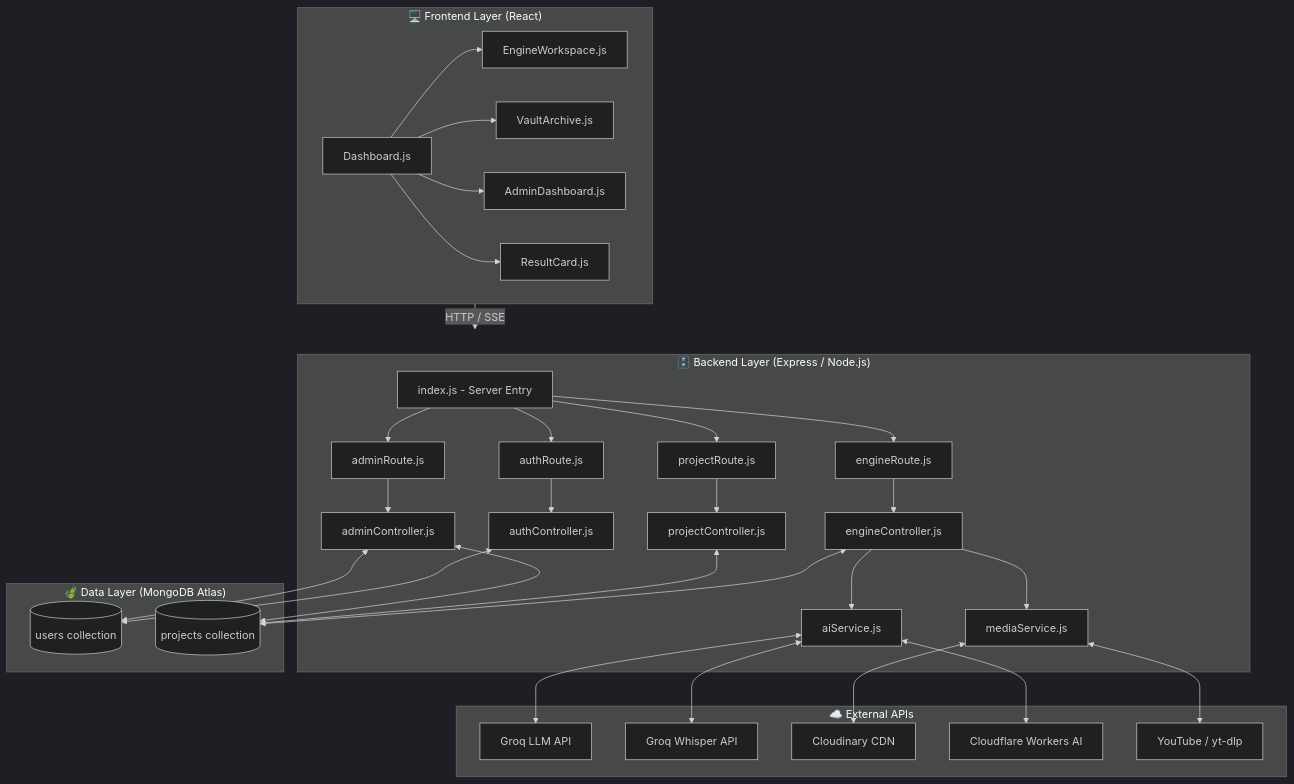
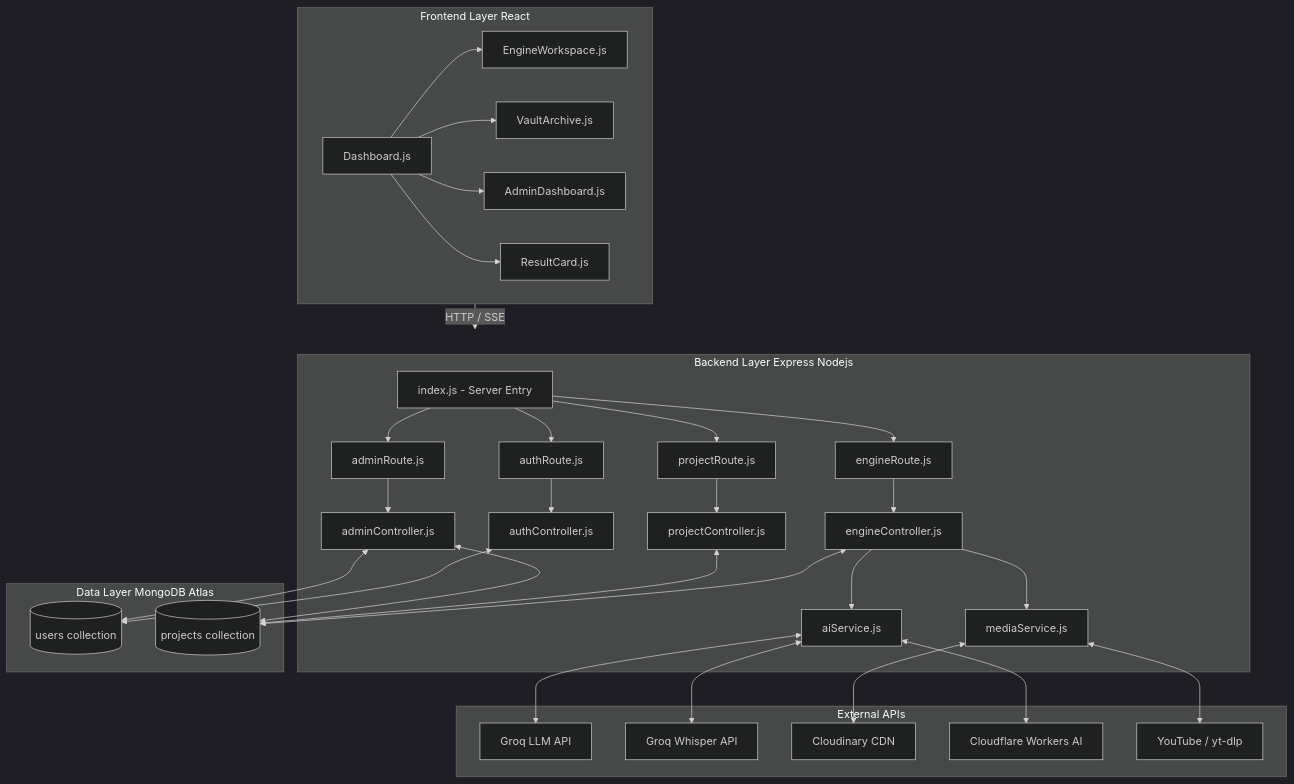
One commit to naresh-rn/echoly changed the seventh of 8 diagrams in DIAGRAMS.md. Above: the diagram before and after it, drawn with Mermaid (dark theme). The commit also changed other lines of this file, not shown here.

Commit message:
fix: remove non-Latin1 characters from Mermaid diagrams to fix GitHub rendering

````diff
--- a/DIAGRAMS.md
+++ b/DIAGRAMS.md
@@ -380,49 +380,49 @@
 ```mermaid
 flowchart TB
-    subgraph Client ["🖥️ Frontend Layer (React)"]
+    subgraph Client ["Frontend Layer React"]
         A1[Dashboard.js] --> A2[EngineWorkspace.js]
         A1 --> A3[VaultArchive.js]
         A1 --> A4[AdminDashboard.js]
         A1 --> A5[ResultCard.js]
     end
 
-    subgraph Server ["🗄️ Backend Layer (Express / Node.js)"]
+    subgraph Server ["Backend Layer Express Nodejs"]
         B1[index.js - Server Entry] --> B2[authRoute.js]
         B1 --> B3[engineRoute.js]
         B1 --> B4[projectRoute.js]
         B1 --> B5[adminRoute.js]
 
         B2 --> C1[authController.js]
         B3 --> C2[engineController.js]
         B4 --> C3[projectController.js]
         B5 --> C4[adminController.js]
 
         C2 --> D1[aiService.js]
         C2 --> D2[mediaService.js]
     end
 
-    subgraph External ["☁️ External APIs"]
+    subgraph External ["External APIs"]
         E1[Groq LLM API]
         E2[Groq Whisper API]
         E3[Cloudinary CDN]
         E4[Cloudflare Workers AI]
         E5[YouTube / yt-dlp]
     end
 
-    subgraph Database ["🍃 Data Layer (MongoDB Atlas)"]
+    subgraph Database ["Data Layer MongoDB Atlas"]
         F1[(users collection)]
         F2[(projects collection)]
     end
 
     Client -- "HTTP / SSE" --> Server
     D1 <--> E1
     D1 <--> E2
     D2 <--> E3
     D1 <--> E4
     D2 <--> E5
     C1 <--> F1
     C2 <--> F2
     C3 <--> F2
     C4 <--> F1
     C4 <--> F2
 ```
````
